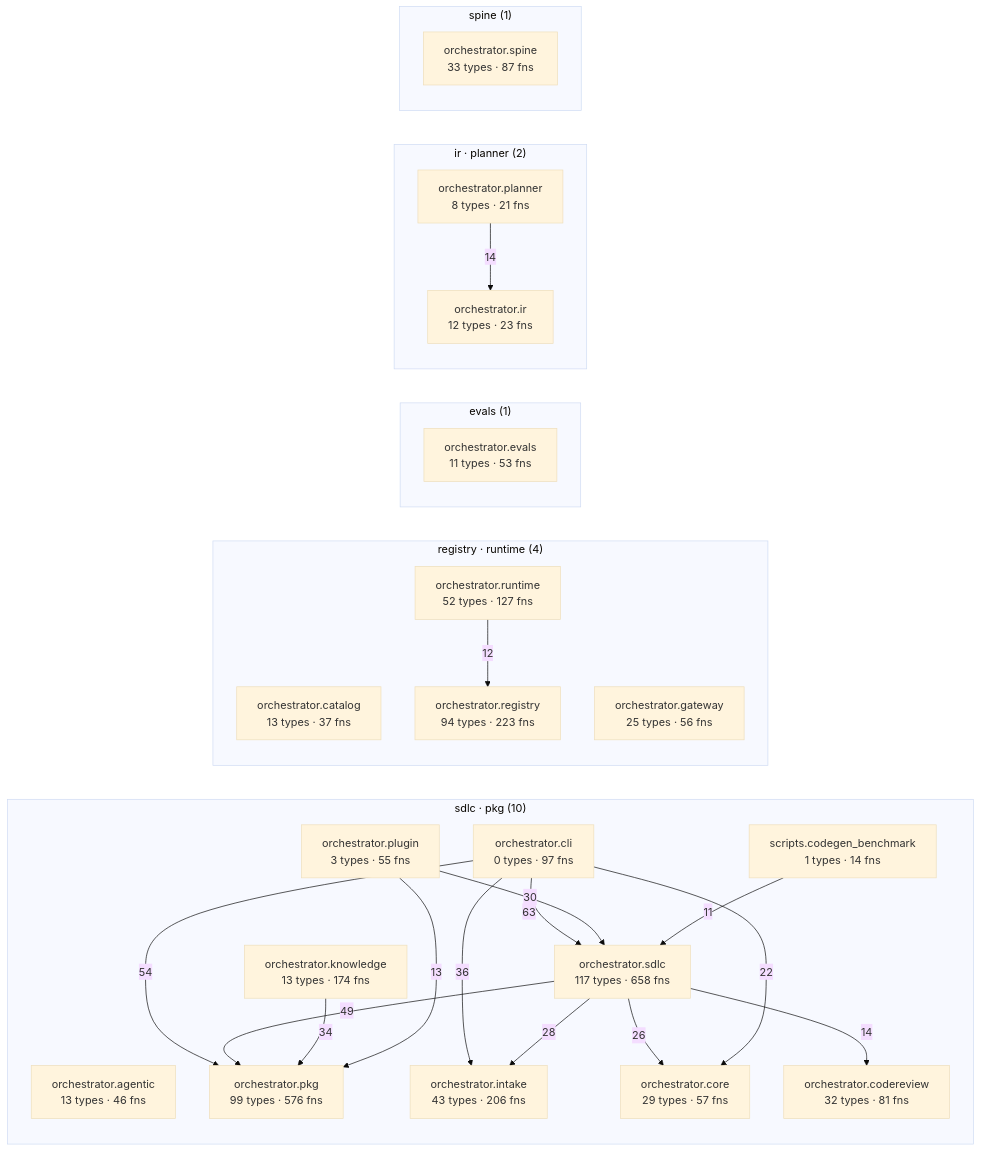
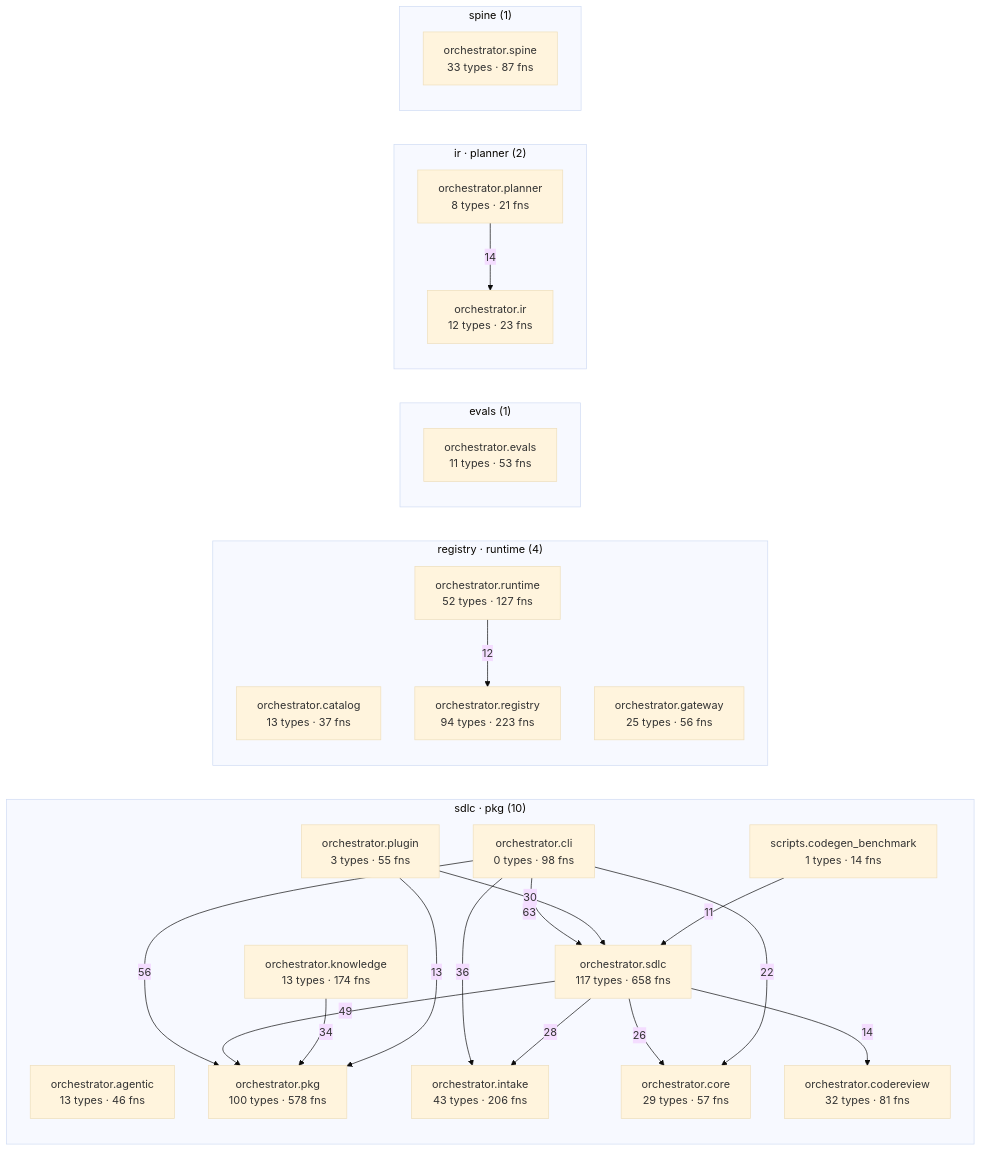
The diagram in episteme/architecture.md (synaptixs/spine), drawn with Mermaid (base theme) before and after one commit. The commit also changed other lines of this file and 14 other files, not shown here.

````diff
--- a/episteme/architecture.md
+++ b/episteme/architecture.md
@@ -54,45 +54,45 @@
 ```mermaid
 flowchart LR
   subgraph c_1["sdlc · pkg (10)"]
     aorchestratoragentic["orchestrator.agentic<br/>13 types · 46 fns"]
-    aorchestratorcli["orchestrator.cli<br/>0 types · 97 fns"]
+    aorchestratorcli["orchestrator.cli<br/>0 types · 98 fns"]
     aorchestratorcodereview["orchestrator.codereview<br/>32 types · 81 fns"]
     aorchestratorcore["orchestrator.core<br/>29 types · 57 fns"]
     aorchestratorintake["orchestrator.intake<br/>43 types · 206 fns"]
     aorchestratorknowledge["orchestrator.knowledge<br/>13 types · 174 fns"]
-    aorchestratorpkg["orchestrator.pkg<br/>99 types · 576 fns"]
+    aorchestratorpkg["orchestrator.pkg<br/>100 types · 578 fns"]
     aorchestratorplugin["orchestrator.plugin<br/>3 types · 55 fns"]
     aorchestratorsdlc["orchestrator.sdlc<br/>117 types · 658 fns"]
     ascriptscodegenbenchmark["scripts.codegen_benchmark<br/>1 types · 14 fns"]
   end
   subgraph c_3["registry · runtime (4)"]
     aorchestratorcatalog["orchestrator.catalog<br/>13 types · 37 fns"]
     aorchestratorgateway["orchestrator.gateway<br/>25 types · 56 fns"]
     aorchestratorregistry["orchestrator.registry<br/>94 types · 223 fns"]
     aorchestratorruntime["orchestrator.runtime<br/>52 types · 127 fns"]
   end
   subgraph c_5["evals (1)"]
     aorchestratorevals["orchestrator.evals<br/>11 types · 53 fns"]
   end
   subgraph c_7["ir · planner (2)"]
     aorchestratorir["orchestrator.ir<br/>12 types · 23 fns"]
     aorchestratorplanner["orchestrator.planner<br/>8 types · 21 fns"]
   end
   subgraph c_10["spine (1)"]
     aorchestratorspine["orchestrator.spine<br/>33 types · 87 fns"]
   end
   aorchestratorcli -->|63| aorchestratorsdlc
-  aorchestratorcli -->|54| aorchestratorpkg
+  aorchestratorcli -->|56| aorchestratorpkg
   aorchestratorsdlc -->|49| aorchestratorpkg
   aorchestratorcli -->|36| aorchestratorintake
   aorchestratorknowledge -->|34| aorchestratorpkg
   aorchestratorplugin -->|30| aorchestratorsdlc
   aorchestratorsdlc -->|28| aorchestratorintake
   aorchestratorsdlc -->|26| aorchestratorcore
   aorchestratorcli -->|22| aorchestratorcore
   aorchestratorplanner -->|14| aorchestratorir
   aorchestratorsdlc -->|14| aorchestratorcodereview
   aorchestratorplugin -->|13| aorchestratorpkg
   aorchestratorruntime -->|12| aorchestratorregistry
   ascriptscodegenbenchmark -->|11| aorchestratorsdlc
 ```
````
